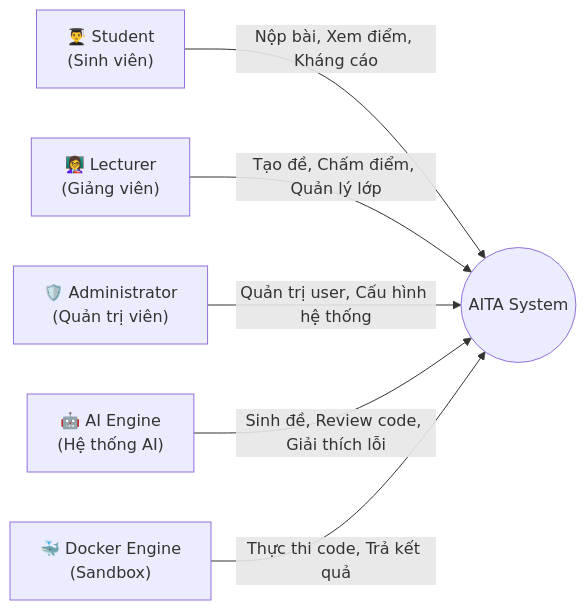
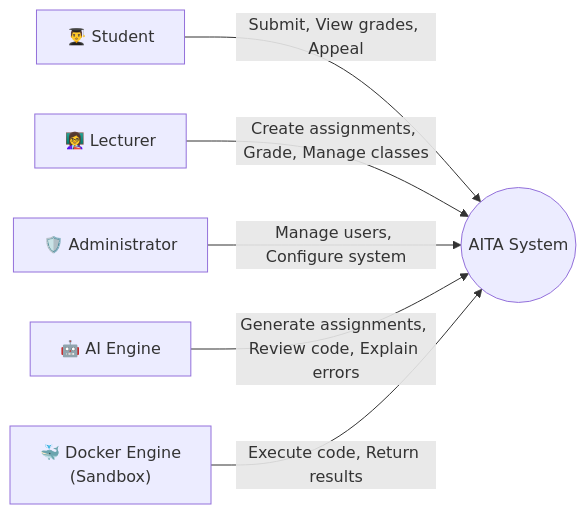
The second of 9 diagrams in docs/01_SRS/AITA_SRS_Document.md (qucthih/SWP391_Group3), drawn with Mermaid before and after one commit. The commit also changed other lines of this file and 9 other files, not shown here.

````diff
--- a/docs/01_SRS/AITA_SRS_Document.md
+++ b/docs/01_SRS/AITA_SRS_Document.md
@@ -153,14 +153,14 @@
 ```mermaid
 graph LR
-    STUDENT["👨‍🎓 Student<br/>(Sinh viên)"]
-    LECTURER["👩‍🏫 Lecturer<br/>(Giảng viên)"]
-    ADMIN["🛡️ Administrator<br/>(Quản trị viên)"]
-    AI["🤖 AI Engine<br/>(Hệ thống AI)"]
+    STUDENT["👨‍🎓 Student"]
+    LECTURER["👩‍🏫 Lecturer"]
+    ADMIN["🛡️ Administrator"]
+    AI["🤖 AI Engine"]
     DOCKER["🐳 Docker Engine<br/>(Sandbox)"]
 
-    STUDENT -->|Nộp bài, Xem điểm, Kháng cáo| SYSTEM(("AITA System"))
-    LECTURER -->|Tạo đề, Chấm điểm, Quản lý lớp| SYSTEM
-    ADMIN -->|Quản trị user, Cấu hình hệ thống| SYSTEM
-    AI -->|Sinh đề, Review code, Giải thích lỗi| SYSTEM
-    DOCKER -->|Thực thi code, Trả kết quả| SYSTEM
+    STUDENT -->|Submit, View grades, Appeal| SYSTEM(("AITA System"))
+    LECTURER -->|Create assignments, Grade, Manage classes| SYSTEM
+    ADMIN -->|Manage users, Configure system| SYSTEM
+    AI -->|Generate assignments, Review code, Explain errors| SYSTEM
+    DOCKER -->|Execute code, Return results| SYSTEM
 ```
````
